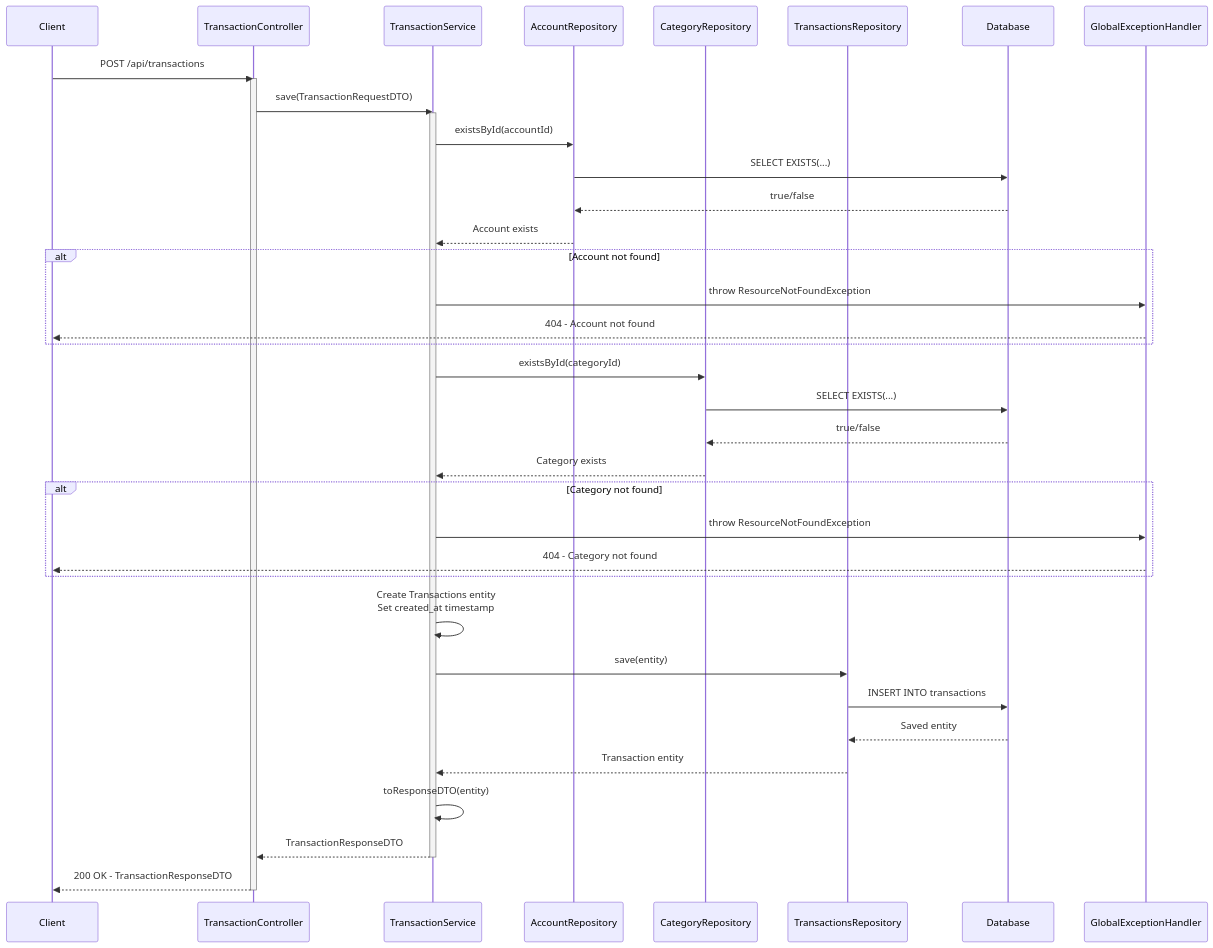
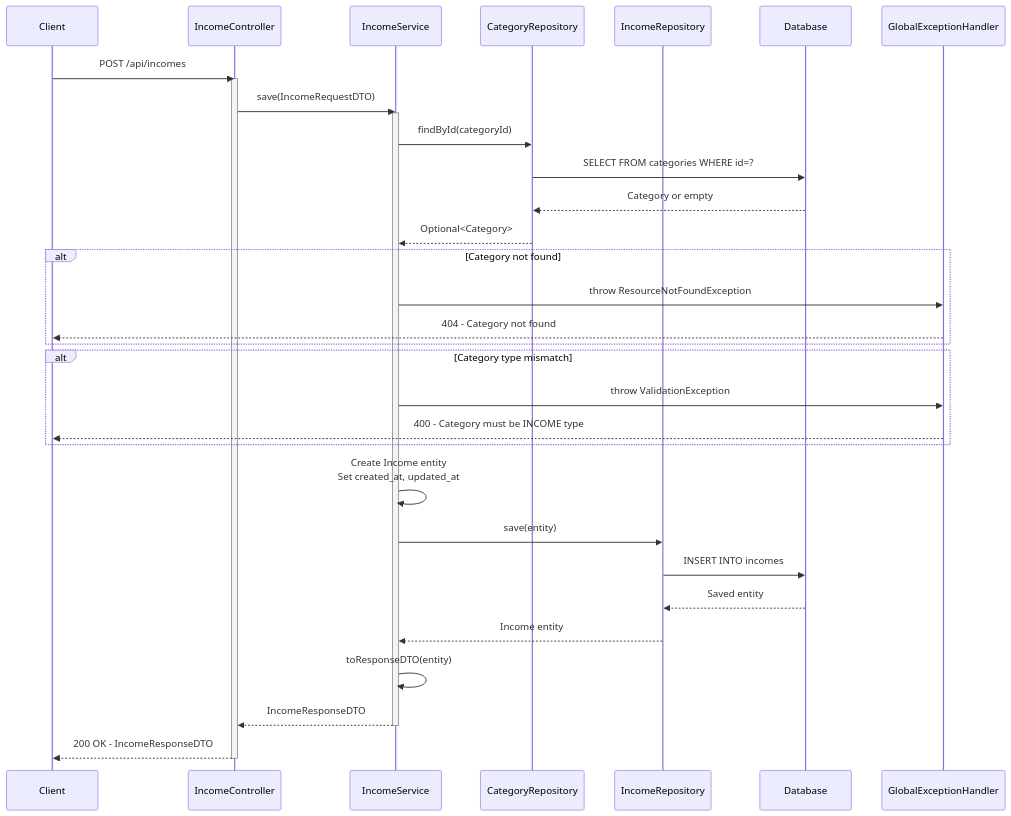
The fifth of 10 diagrams in SYSTEM_DESIGN.md (rogerbertan/jarvis-backend), drawn with Mermaid before and after one commit. The commit also changed other lines of this file and 1 other file, not shown here.

Commit message:
feat: update the system design mermaid

````diff
--- a/SYSTEM_DESIGN.md
+++ b/SYSTEM_DESIGN.md
@@ -209,51 +219,45 @@
 ```mermaid
 sequenceDiagram
     participant Client
-    participant TransactionController
-    participant TransactionService
-    participant AccountRepository
+    participant IncomeController
+    participant IncomeService
     participant CategoryRepository
-    participant TransactionsRepository
+    participant IncomeRepository
     participant Database
     participant GlobalExceptionHandler
 
-    Client->>TransactionController: POST /api/transactions
-    activate TransactionController
+    Client->>IncomeController: POST /api/incomes
+    activate IncomeController
 
-    TransactionController->>TransactionService: save(TransactionRequestDTO)
-    activate TransactionService
+    IncomeController->>IncomeService: save(IncomeRequestDTO)
+    activate IncomeService
 
-    TransactionService->>AccountRepository: existsById(accountId)
-    AccountRepository->>Database: SELECT EXISTS(...)
-    Database-->>AccountRepository: true/false
-    AccountRepository-->>TransactionService: Account exists
-
-    alt Account not found
-        TransactionService->>GlobalExceptionHandler: throw ResourceNotFoundException
-        GlobalExceptionHandler-->>Client: 404 - Account not found
-    end
-
-    TransactionService->>CategoryRepository: existsById(categoryId)
-    CategoryRepository->>Database: SELECT EXISTS(...)
-    Database-->>CategoryRepository: true/false
-    CategoryRepository-->>TransactionService: Category exists
+    IncomeService->>CategoryRepository: findById(categoryId)
+    CategoryRepository->>Database: SELECT FROM categories WHERE id=?
+    Database-->>CategoryRepository: Category or empty
+    CategoryRepository-->>IncomeService: Optional<Category>
 
     alt Category not found
-        TransactionService->>GlobalExceptionHandler: throw ResourceNotFoundException
+        IncomeService->>GlobalExceptionHandler: throw ResourceNotFoundException
         GlobalExceptionHandler-->>Client: 404 - Category not found
     end
 
-    TransactionService->>TransactionService: Create Transactions entity<br/>Set created_at timestamp
+    alt Category type mismatch
+        IncomeService->>GlobalExceptionHandler: throw ValidationException
+        GlobalExceptionHandler-->>Client: 400 - Category must be INCOME type
+    end
 
-    TransactionService->>TransactionsRepository: save(entity)
-    TransactionsRepository->>Database: INSERT INTO transactions
-    Database-->>TransactionsRepository: Saved entity
-    TransactionsRepository-->>TransactionService: Transaction entity
+    IncomeService->>IncomeService: Create Income entity<br/>Set created_at, updated_at
 
-    TransactionService->>TransactionService: toResponseDTO(entity)
-    TransactionService-->>TransactionController: TransactionResponseDTO
-    deactivate TransactionService
+    IncomeService->>IncomeRepository: save(entity)
+    IncomeRepository->>Database: INSERT INTO incomes
+    Database-->>IncomeRepository: Saved entity
+    IncomeRepository-->>IncomeService: Income entity
 
-    TransactionController-->>Client: 200 OK - TransactionResponseDTO
-    deactivate TransactionController
+    IncomeService->>IncomeService: toResponseDTO(entity)
+    IncomeService-->>IncomeController: IncomeResponseDTO
+    deactivate IncomeService
+
+    IncomeController-->>Client: 200 OK - IncomeResponseDTO
+    deactivate IncomeController
 ```
````
